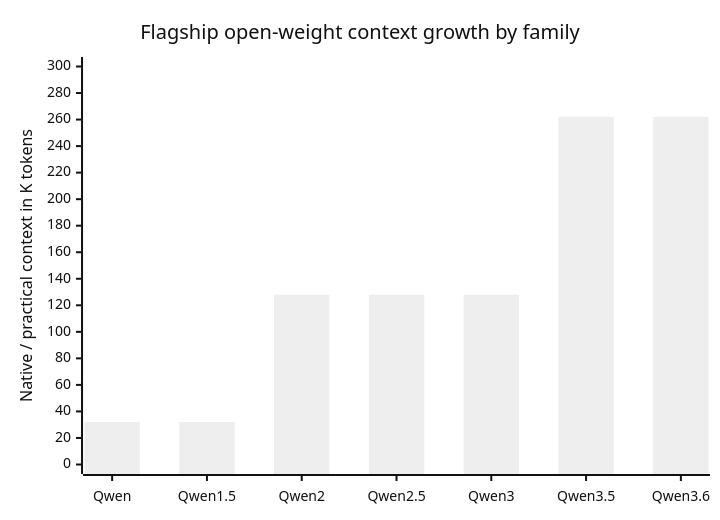
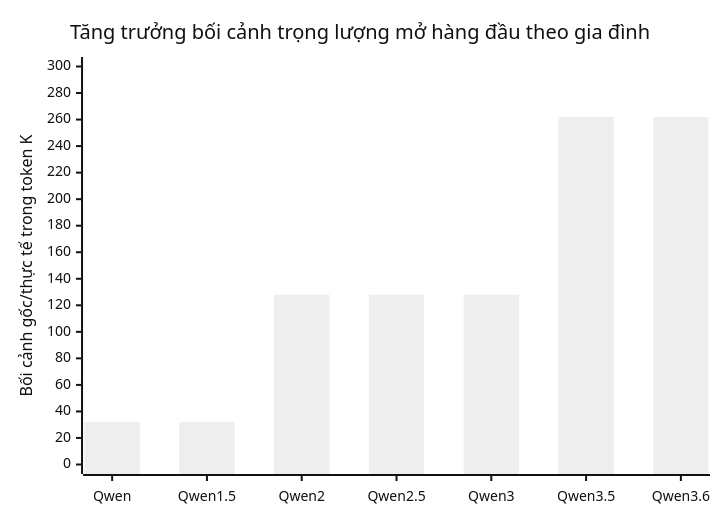
Before and after one commit to cycler04/VinRobotics-VLA: the second of 3 diagrams in docs/research_finding/01-gwen/qwen_models/qwen_evolution.md, drawn with Mermaid (neutral theme). The commit also changed other lines of this file and 24 other files, not shown here.

````diff
--- a/docs/research_finding/01-gwen/qwen_models/qwen_evolution.md
+++ b/docs/research_finding/01-gwen/qwen_models/qwen_evolution.md
@@ -171,7 +171,7 @@
 ```mermaid
 xychart-beta
-    title "Flagship open-weight context growth by family"
+    title "Tăng trưởng bối cảnh trọng lượng mở hàng đầu theo gia đình"
     x-axis ["Qwen","Qwen1.5","Qwen2","Qwen2.5","Qwen3","Qwen3.5","Qwen3.6"]
-    y-axis "Native / practical context in K tokens" 0 --> 300
+    y-axis "Bối cảnh gốc/thực tế trong token K" 0 --> 300
     bar [32,32,128,128,128,262,262]
 ```
````
